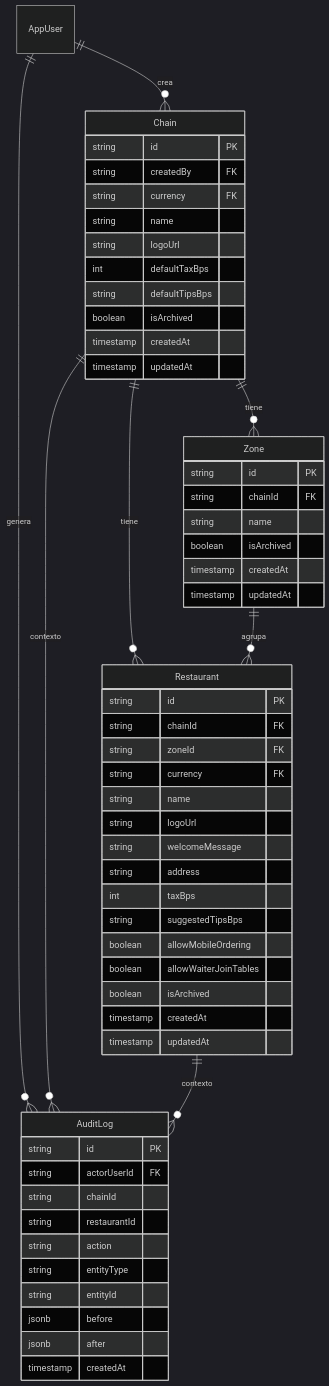
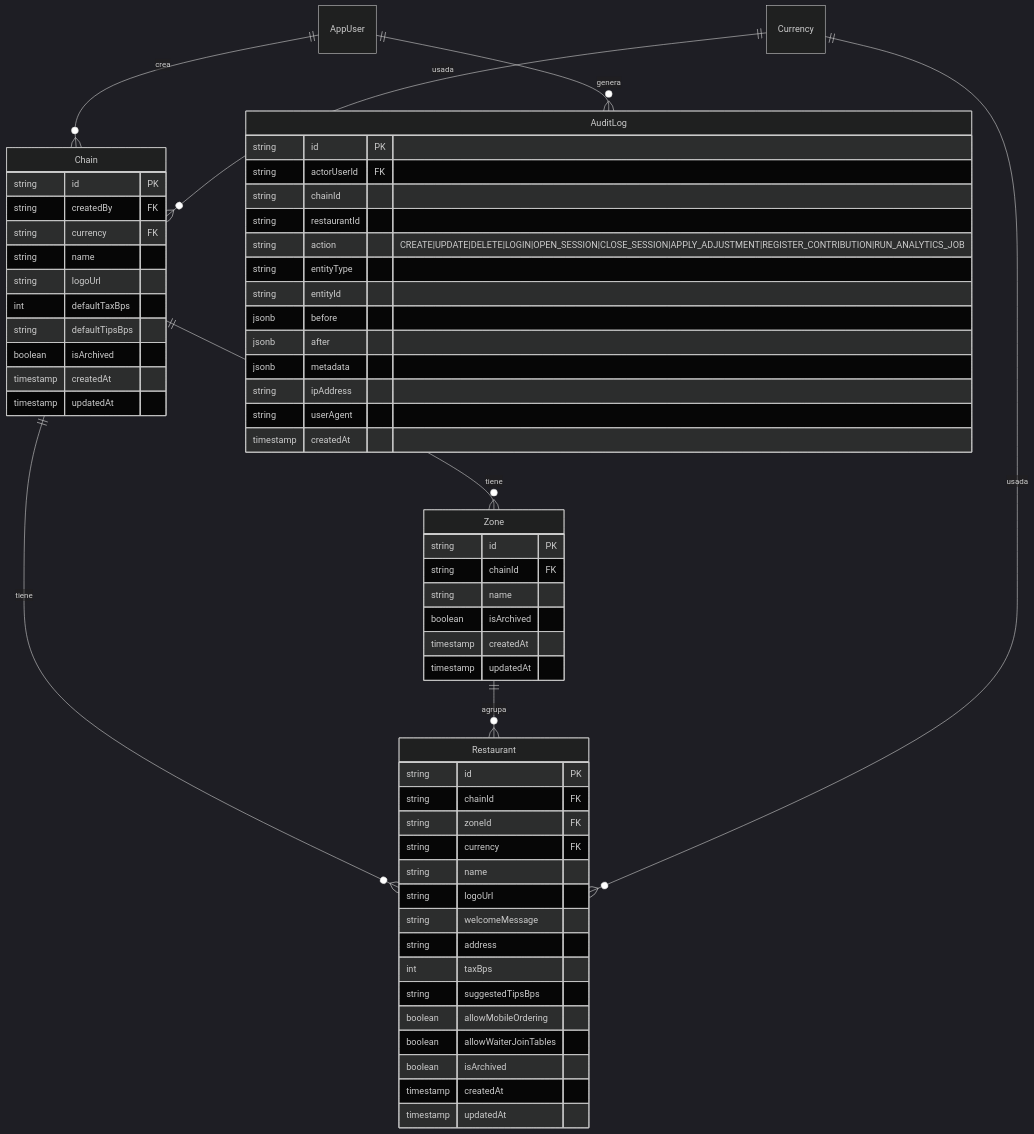
The diagram in docs/_assets/erd/dominio-04-organizacion.mmd (dvillagrans/Bouquet), drawn with Mermaid (dark theme) before and after one commit. The commit also changed 26 other files, not shown here.

Commit message:
refactor: simplify dictionary table styling and update Spark architectural documentation with refined analysis workflows and generated ERD assets

```diff
--- a/docs/_assets/erd/dominio-04-organizacion.mmd
+++ b/docs/_assets/erd/dominio-04-organizacion.mmd
@@ -1,62 +1,65 @@
 erDiagram
 
     Chain {
         string id PK
         string createdBy FK
         string currency FK
         string name
         string logoUrl
         int defaultTaxBps
         string defaultTipsBps
         boolean isArchived
         timestamp createdAt
         timestamp updatedAt
     }
 
     Zone {
         string id PK
         string chainId FK
         string name
         boolean isArchived
         timestamp createdAt
         timestamp updatedAt
     }
 
     Restaurant {
         string id PK
         string chainId FK
         string zoneId FK
         string currency FK
         string name
         string logoUrl
         string welcomeMessage
         string address
         int taxBps
         string suggestedTipsBps
         boolean allowMobileOrdering
         boolean allowWaiterJoinTables
         boolean isArchived
         timestamp createdAt
         timestamp updatedAt
     }
 
     AuditLog {
         string id PK
         string actorUserId FK
         string chainId
         string restaurantId
-        string action
+        string action "CREATE|UPDATE|DELETE|LOGIN|OPEN_SESSION|CLOSE_SESSION|APPLY_ADJUSTMENT|REGISTER_CONTRIBUTION|RUN_ANALYTICS_JOB"
         string entityType
         string entityId
         jsonb before
         jsonb after
+        jsonb metadata
+        string ipAddress
+        string userAgent
         timestamp createdAt
     }
 
-    AppUser ||--o{ Chain : "crea"
     Chain ||--o{ Zone : "tiene"
     Chain ||--o{ Restaurant : "tiene"
     Zone ||--o{ Restaurant : "agrupa"
+    AppUser ||--o{ Chain : "crea"
     AppUser ||--o{ AuditLog : "genera"
-    Chain ||--o{ AuditLog : "contexto"
-    Restaurant ||--o{ AuditLog : "contexto"
+    Currency ||--o{ Chain : "usada"
+    Currency ||--o{ Restaurant : "usada"
```
